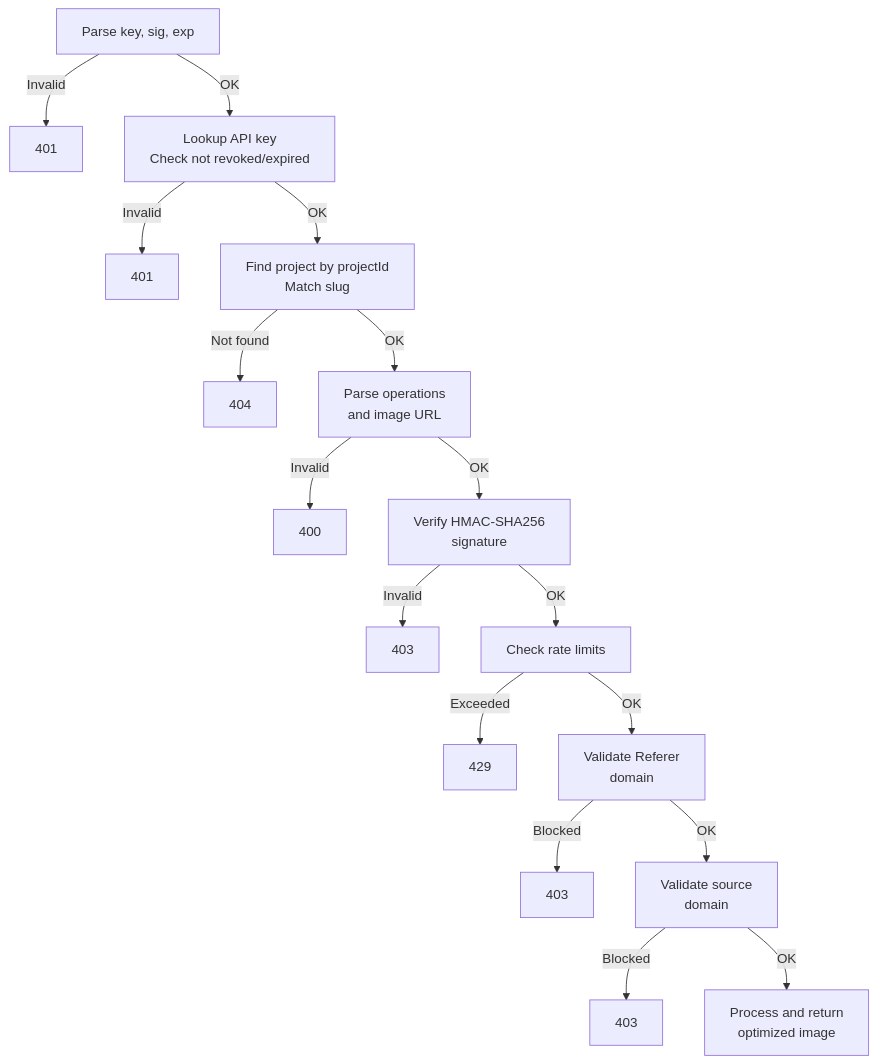
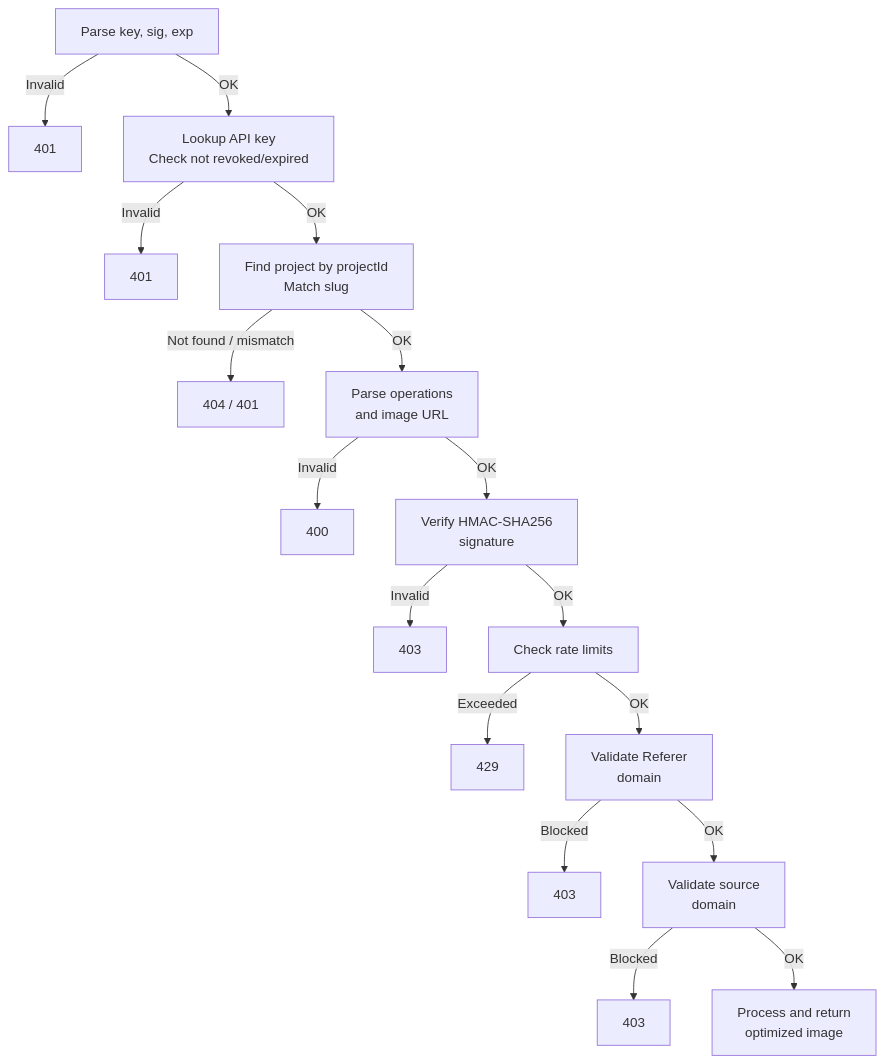
One commit to EricTsai83/optstuff changed the diagram in apps/docs/content/docs/api-reference/endpoint.mdx. Above: the diagram before and after it, drawn with Mermaid. The commit also changed other lines of this file and 7 other files, not shown here.

````diff
--- a/apps/docs/content/docs/api-reference/endpoint.mdx
+++ b/apps/docs/content/docs/api-reference/endpoint.mdx
@@ -74,19 +74,19 @@
 ```mermaid
 flowchart TD
   A["Parse key, sig, exp"] -->|Invalid| E1["401"]
   A -->|OK| B["Lookup API key\nCheck not revoked/expired"]
   B -->|Invalid| E2["401"]
   B -->|OK| C["Find project by projectId\nMatch slug"]
-  C -->|Not found| E3["404"]
+  C -->|"Not found / mismatch"| E3["404 / 401"]
   C -->|OK| D["Parse operations\nand image URL"]
   D -->|Invalid| E4["400"]
   D -->|OK| F["Verify HMAC-SHA256\nsignature"]
   F -->|Invalid| E5["403"]
   F -->|OK| G["Check rate limits"]
   G -->|Exceeded| E6["429"]
   G -->|OK| H["Validate Referer\ndomain"]
   H -->|Blocked| E7["403"]
   H -->|OK| I["Validate source\ndomain"]
   I -->|Blocked| E8["403"]
   I -->|OK| J["Process and return\noptimized image"]
 ```
````
